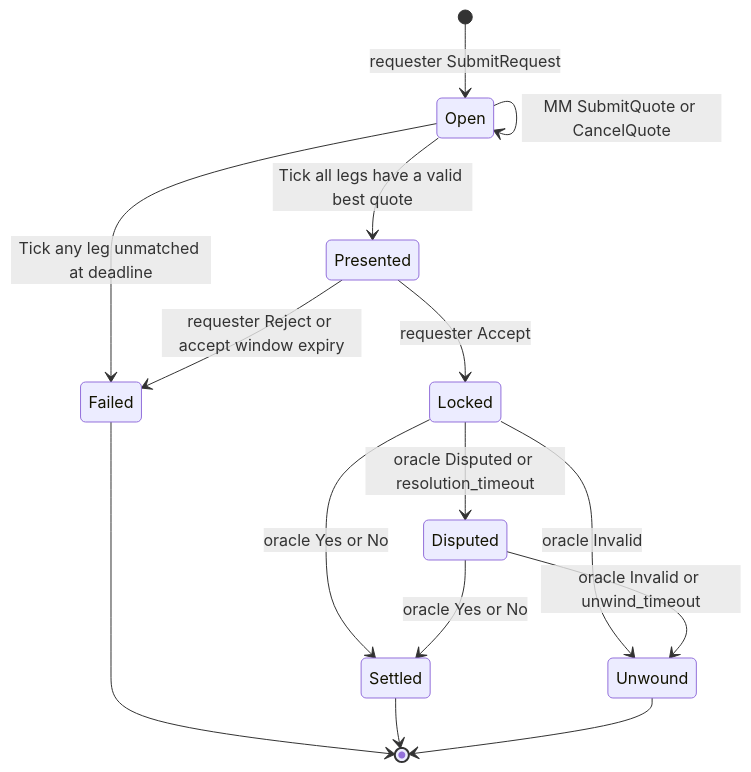
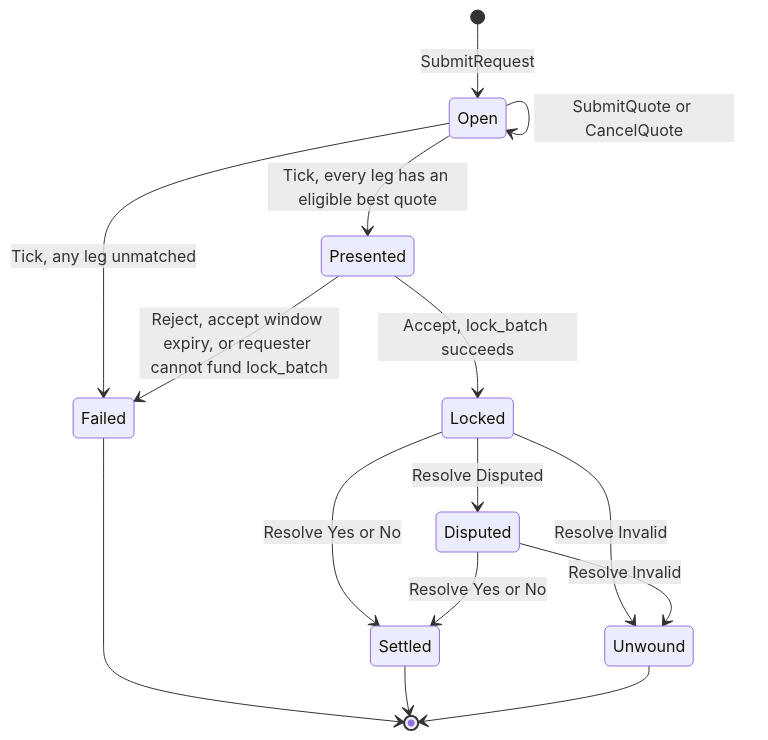
Before and after one commit to SwineCoder101/rfq-matching-settlement-engine: the sixth of 7 diagrams in docs/ARCHITECTURE.md, drawn with Mermaid. The commit also changed other lines of this file and 41 other files, not shown here.

````diff
--- a/docs/ARCHITECTURE.md
+++ b/docs/ARCHITECTURE.md
@@ -198,17 +132,17 @@
 ```mermaid
 stateDiagram-v2
-    [*] --> Open: requester SubmitRequest
-    Open --> Open: MM SubmitQuote or CancelQuote
-    Open --> Presented: Tick all legs have a valid best quote
-    Open --> Failed: Tick any leg unmatched at deadline
-    Presented --> Locked: requester Accept
-    Presented --> Failed: requester Reject or accept window expiry
-    Locked --> Settled: oracle Yes or No
-    Locked --> Disputed: oracle Disputed or resolution_timeout
-    Locked --> Unwound: oracle Invalid
-    Disputed --> Settled: oracle Yes or No
-    Disputed --> Unwound: oracle Invalid or unwind_timeout
+    [*] --> Open: SubmitRequest
+    Open --> Open: SubmitQuote or CancelQuote
+    Open --> Presented: Tick, every leg has an eligible best quote
+    Open --> Failed: Tick, any leg unmatched
+    Presented --> Locked: Accept, lock_batch succeeds
+    Presented --> Failed: Reject, accept window expiry, or requester cannot fund lock_batch
+    Locked --> Settled: Resolve Yes or No
+    Locked --> Disputed: Resolve Disputed
+    Locked --> Unwound: Resolve Invalid
+    Disputed --> Settled: Resolve Yes or No
+    Disputed --> Unwound: Resolve Invalid
     Failed --> [*]
     Settled --> [*]
     Unwound --> [*]
 ```
````
